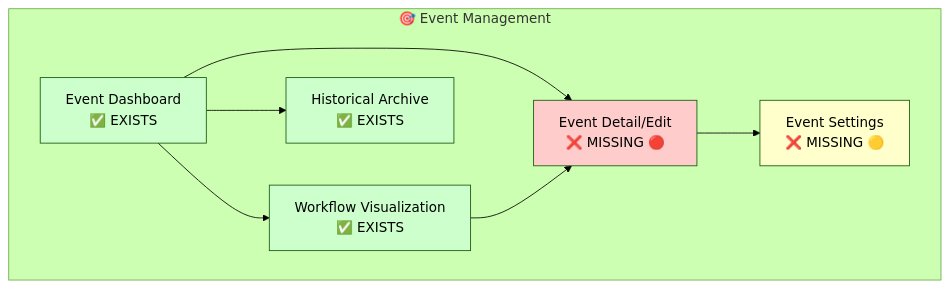
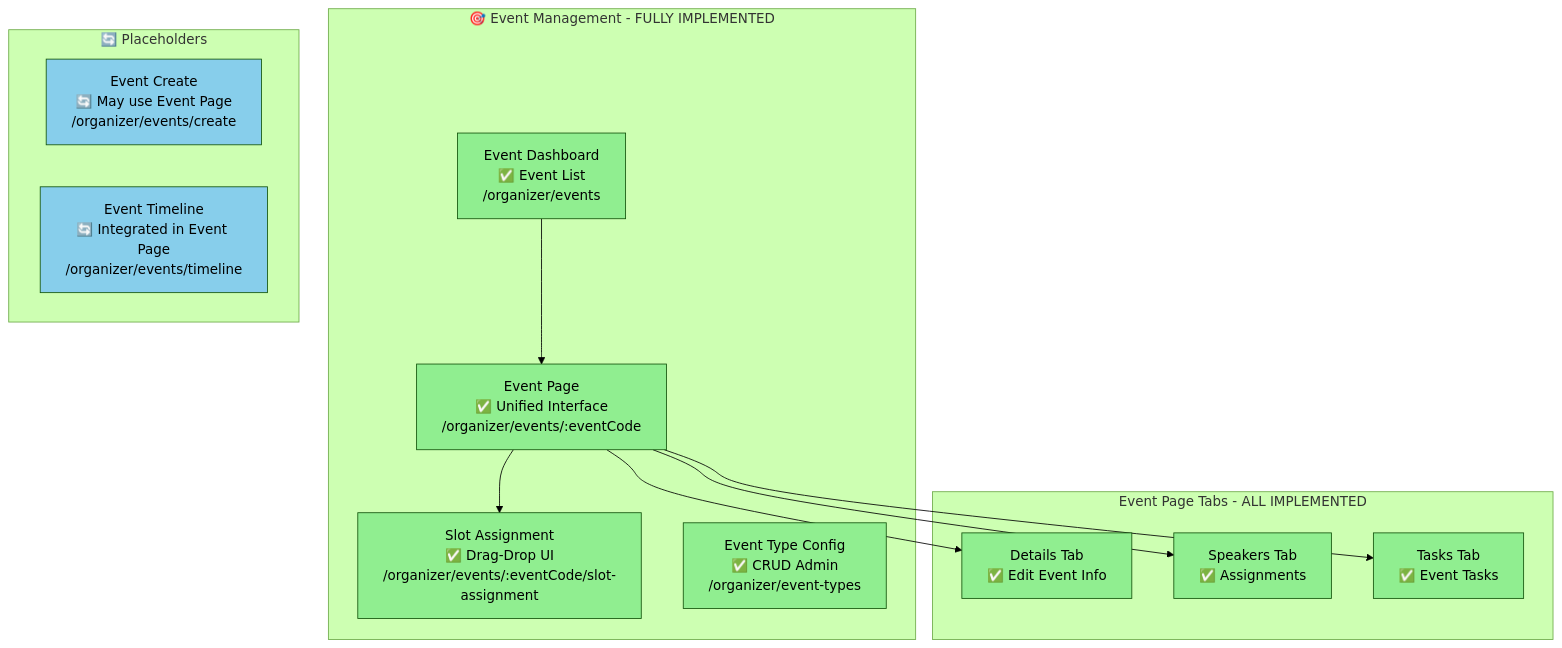
The sixth of 28 diagrams in docs/wireframes/sitemap-mermaid.md (nissimbuchs/BATbern2), drawn with Mermaid (forest theme) before and after one commit. The commit also changed other lines of this file and 1008 other files, not shown here.

````diff
--- a/docs/wireframes/sitemap-mermaid.md
+++ b/docs/wireframes/sitemap-mermaid.md
@@ -158,23 +178,36 @@
 ```mermaid
 graph TB
-    subgraph "🎯 Event Management"
-        Dashboard[Event Dashboard<br/>✅ EXISTS]
-        EventDetail[Event Detail/Edit<br/>❌ MISSING 🔴]
-        EventSettings[Event Settings<br/>❌ MISSING 🟡]
-        Workflow[Workflow Visualization<br/>✅ EXISTS]
-        Archive[Historical Archive<br/>✅ EXISTS]
+    subgraph "🎯 Event Management - FULLY IMPLEMENTED"
+        EventDash[Event Dashboard<br/>✅ Event List<br/>/organizer/events]
+        EventPage[Event Page<br/>✅ Unified Interface<br/>/organizer/events/:eventCode]
+        SlotAssign[Slot Assignment<br/>✅ Drag-Drop UI<br/>/organizer/events/:eventCode/slot-assignment]
+        EventTypes[Event Type Config<br/>✅ CRUD Admin<br/>/organizer/event-types]
     end
 
-    Dashboard --> EventDetail
-    Dashboard --> Workflow
-    Dashboard --> Archive
+    subgraph "Event Page Tabs - ALL IMPLEMENTED"
+        DetailTab[Details Tab<br/>✅ Edit Event Info]
+        SpeakerTab[Speakers Tab<br/>✅ Assignments]
+        TaskTab[Tasks Tab<br/>✅ Event Tasks]
+    end
 
-    EventDetail --> EventSettings
-    Workflow --> EventDetail
+    subgraph "🔄 Placeholders"
+        EventCreate[Event Create<br/>🔄 May use Event Page<br/>/organizer/events/create]
+        EventTimeline[Event Timeline<br/>🔄 Integrated in Event Page<br/>/organizer/events/timeline]
+    end
 
-    style Dashboard fill:#ccffcc
-    style Workflow fill:#ccffcc
-    style Archive fill:#ccffcc
-    style EventDetail fill:#ffcccc
-    style EventSettings fill:#ffffcc
+    EventDash --> EventPage
+    EventPage --> SlotAssign
+    EventPage --> DetailTab
+    EventPage --> SpeakerTab
+    EventPage --> TaskTab
+
+    style EventDash fill:#90EE90
+    style EventPage fill:#90EE90
+    style SlotAssign fill:#90EE90
+    style EventTypes fill:#90EE90
+    style DetailTab fill:#90EE90
+    style SpeakerTab fill:#90EE90
+    style TaskTab fill:#90EE90
+    style EventCreate fill:#87CEEB
+    style EventTimeline fill:#87CEEB
 ```
````
